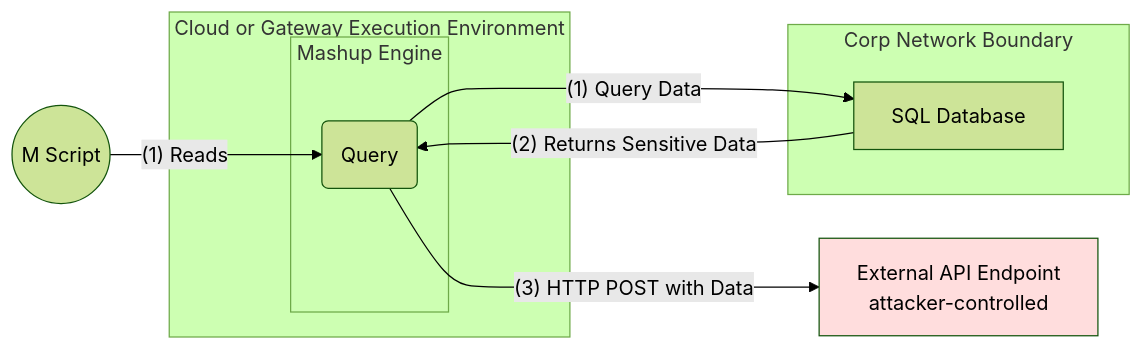
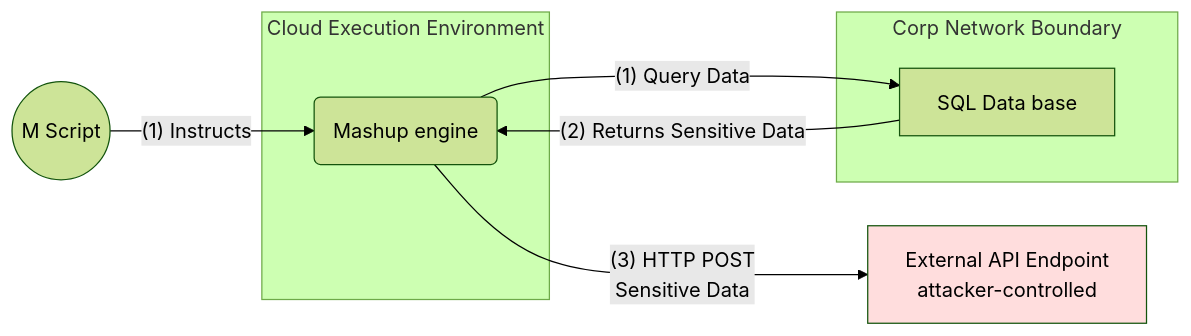
The second of 2 diagrams in src/content/blog/data-exfiltration-in-power-query/data-exfiltration-in-power-query.md (OscarValerock/OscarValerock), drawn with Mermaid (forest theme) before and after one commit. The commit also changed other lines of this file, not shown here.

````diff
--- a/src/content/blog/data-exfiltration-in-power-query/data-exfiltration-in-power-query.md
+++ b/src/content/blog/data-exfiltration-in-power-query/data-exfiltration-in-power-query.md
@@ -71,25 +78,23 @@
 ```mermaid
 
 flowchart LR
     D((M Script))
-    B(Query)
-    A[SQL Database] 
+    B(Mashup engine)
+    A[SQL Data base] 
     C[External API Endpoint<br/>attacker-controlled]
 
-    D -- "(1) Reads" --> B
+    D -- "(1) Instructs" --> B
     B -- "(1) Query Data" --> A
     A -- "(2) Returns Sensitive Data" --> B
-    B -- "(3) HTTP POST with Data" --> C
+    B -- "(3) HTTP POST </br>Sensitive Data" --> C
 
     subgraph "Corp Network Boundary"
       A
     end
-    subgraph "Cloud or Gateway Execution Environment"
-       subgraph "Mashup Engine"
+    subgraph "Cloud Execution Environment"
             B
-        end
     end
         C:::outside
         classDef outside fill:#fdd
 
 ```
````
